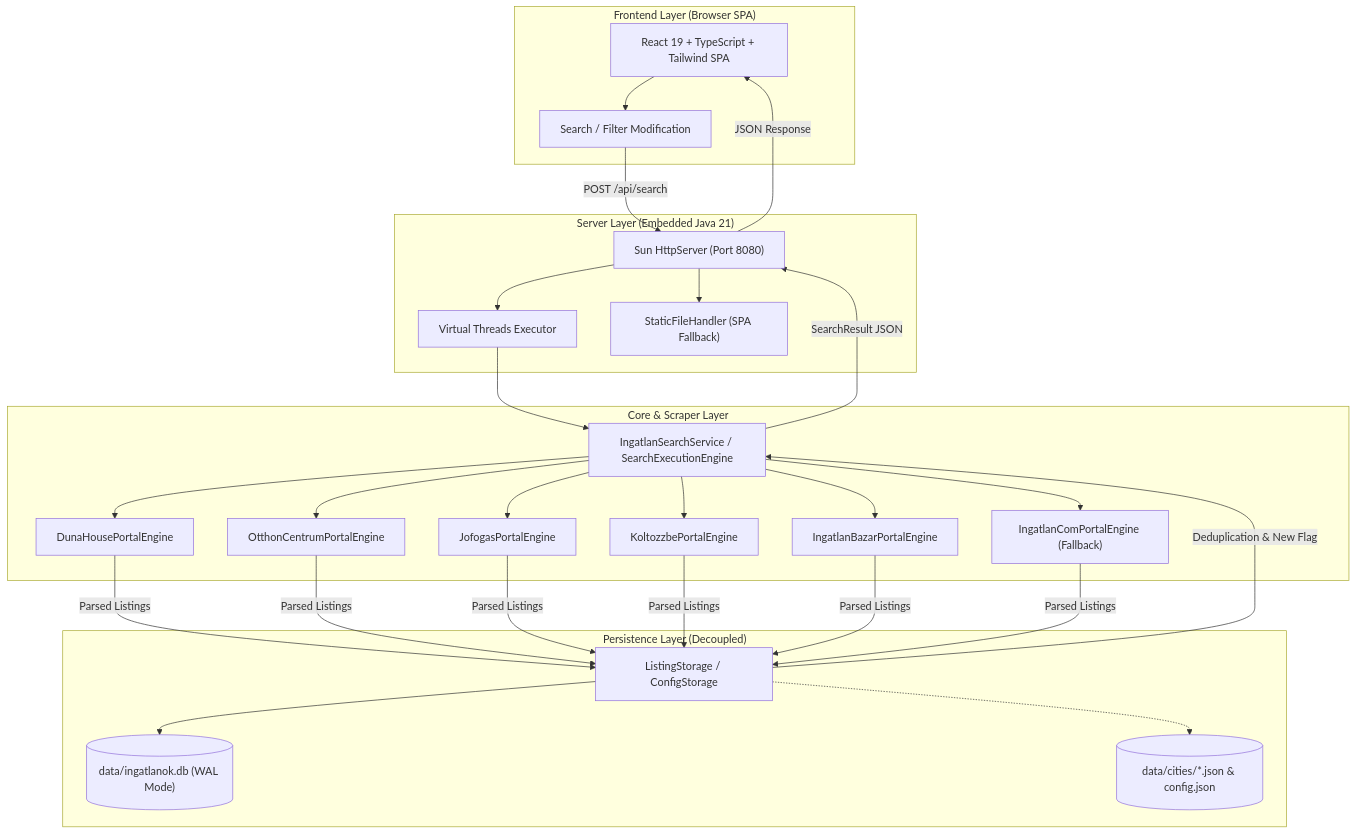
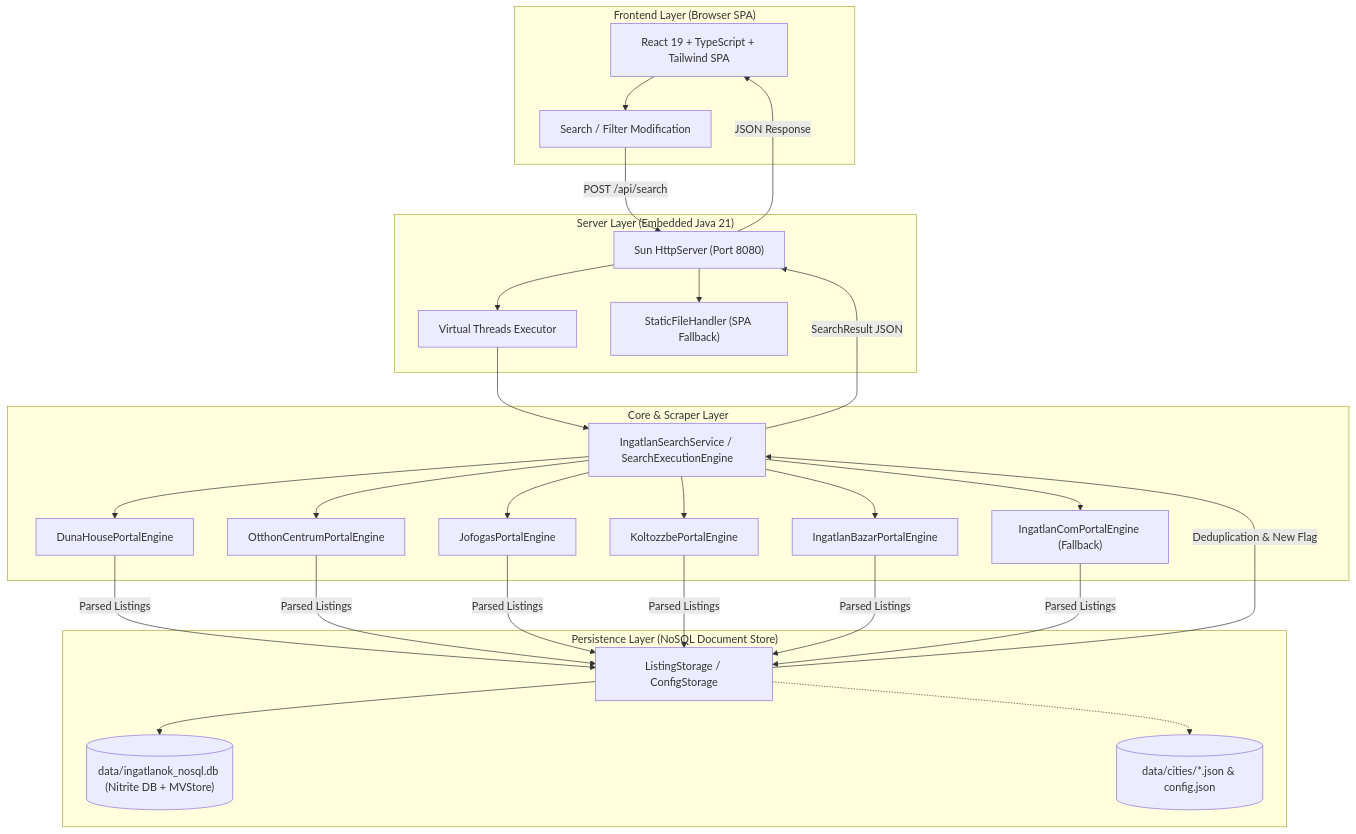
Before and after one commit to Luxeonn/ingatlan-kereso: the diagram in gemini.md, drawn with Mermaid. The commit also changed other lines of this file and 1 other file, not shown here.

Commit message:
docs(architecture): update GEMINI.md and database specialist skill for NoSQL store

````diff
--- a/gemini.md
+++ b/gemini.md
@@ -13,44 +13,44 @@
 ```mermaid
 flowchart TD
     subgraph UI ["Frontend Layer (Browser SPA)"]
         SPA["React 19 + TypeScript + Tailwind SPA"]
         Event["Search / Filter Modification"]
         SPA --> Event
     end
 
     subgraph Server ["Server Layer (Embedded Java 21)"]
         HTTP["Sun HttpServer (Port 8080)"]
         VThread["Virtual Threads Executor"]
         Static["StaticFileHandler (SPA Fallback)"]
         HTTP --> VThread
         HTTP --> Static
     end
 
     subgraph Service ["Core & Scraper Layer"]
         Orchestrator["IngatlanSearchService / SearchExecutionEngine"]
         P1["DunaHousePortalEngine"]
         P2["OtthonCentrumPortalEngine"]
         P3["JofogasPortalEngine"]
         P4["KoltozzbePortalEngine"]
         P5["IngatlanBazarPortalEngine"]
         P6["IngatlanComPortalEngine (Fallback)"]
         
         Orchestrator --> P1 & P2 & P3 & P4 & P5 & P6
     end
 
-    subgraph Persistence ["Persistence Layer (Decoupled)"]
+    subgraph Persistence ["Persistence Layer (NoSQL Document Store)"]
         Storage["ListingStorage / ConfigStorage"]
-        SQLite[("data/ingatlanok.db (WAL Mode)")]
+        Nitrite[("data/ingatlanok_nosql.db (Nitrite DB + MVStore)")]
         JSON[("data/cities/*.json & config.json")]
         
-        Storage --> SQLite
+        Storage --> Nitrite
         Storage -.-> JSON
     end
 
     Event -->|POST /api/search| HTTP
     VThread --> Orchestrator
     P1 & P2 & P3 & P4 & P5 & P6 -->|Parsed Listings| Storage
     Storage -->|Deduplication & New Flag| Orchestrator
     Orchestrator -->|SearchResult JSON| HTTP
     HTTP -->|JSON Response| SPA
 ```
````
